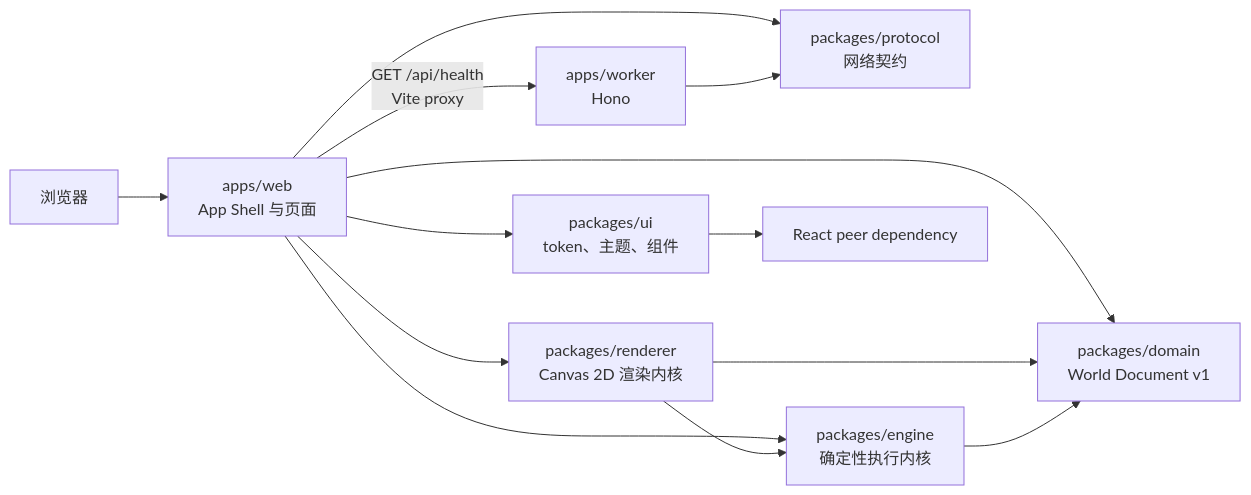
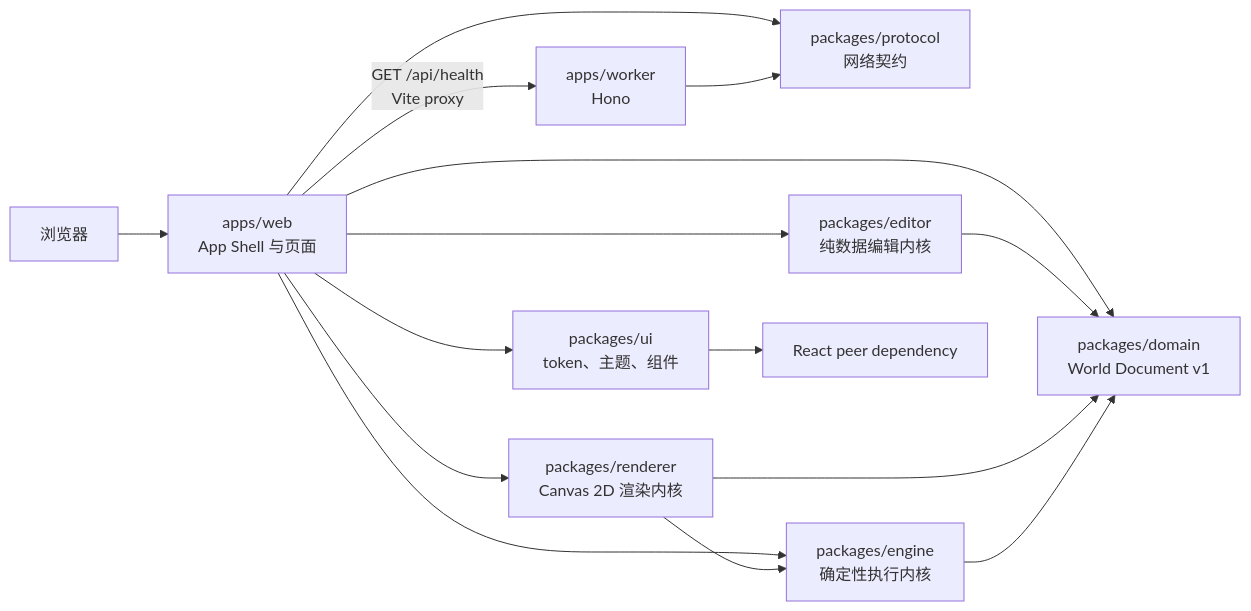
Before and after one commit to kasperyhr/axiom-garden: the first of 6 diagrams in docs/ARCHITECTURE.md, drawn with Mermaid. The commit also changed other lines of this file and 56 other files, not shown here.

````diff
--- a/docs/ARCHITECTURE.md
+++ b/docs/ARCHITECTURE.md
@@ -15,15 +16,17 @@
 ```mermaid
 flowchart LR
   Browser["浏览器"] --> Web["apps/web<br/>App Shell 与页面"]
   Web --> UI["packages/ui<br/>token、主题、组件"]
   Web --> Protocol["packages/protocol<br/>网络契约"]
   Web --> Domain["packages/domain<br/>World Document v1"]
   Web --> Engine["packages/engine<br/>确定性执行内核"]
   Web --> Renderer["packages/renderer<br/>Canvas 2D 渲染内核"]
+  Web --> Editor["packages/editor<br/>纯数据编辑内核"]
+  Editor --> Domain
   Renderer --> Engine
   Renderer --> Domain
   Engine --> Domain
   Web -->|"GET /api/health<br/>Vite proxy"| Worker["apps/worker<br/>Hono"]
   Worker --> Protocol
   UI --> React["React peer dependency"]
 ```
````
